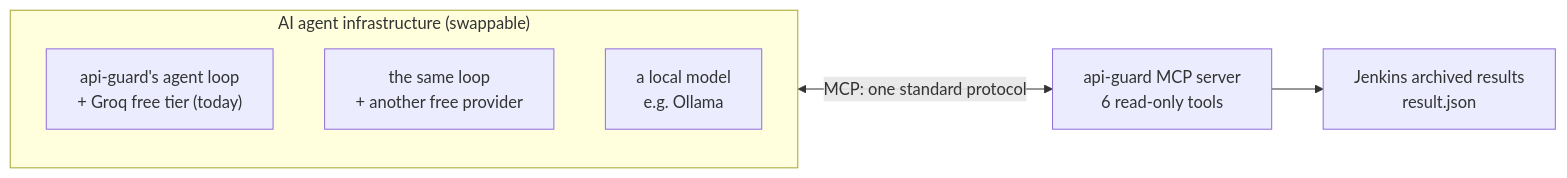
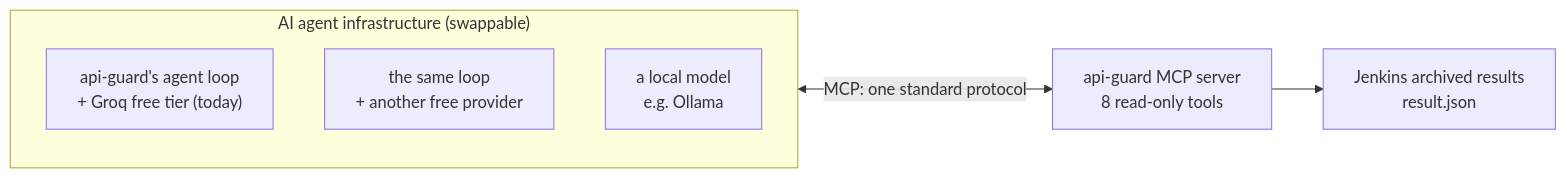
One commit to stimpy3/ApiGuard changed the ninth of 12 diagrams in README.md. Above: the diagram before and after it, drawn with Mermaid. The commit also changed other lines of this file and 8 other files, not shown here.

First line of the commit message:
Audit trail, web inbox, archived-build reviews, MCP review tools

````diff
--- a/README.md
+++ b/README.md
@@ -772,10 +781,10 @@
 ```mermaid
 flowchart LR
     subgraph AG["AI agent infrastructure (swappable)"]
         A1["api-guard's agent loop<br/>+ Groq free tier (today)"]
         A2["the same loop<br/>+ another free provider"]
         A3["a local model<br/>e.g. Ollama"]
     end
-    AG <-->|"MCP: one standard protocol"| S["api-guard MCP server<br/>6 read-only tools"]
+    AG <-->|"MCP: one standard protocol"| S["api-guard MCP server<br/>8 read-only tools"]
     S --> J["Jenkins archived results<br/>result.json"]
 ```
````
